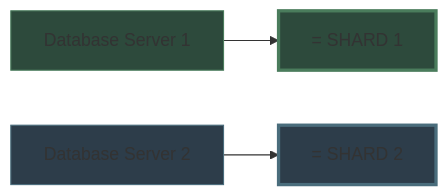
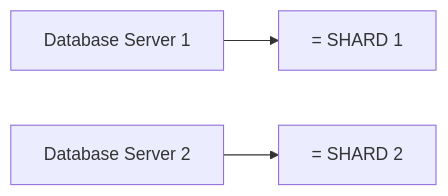
Before and after one commit to Yash-Kavaiya/The-System-Design-Masterclass: the seventh of 21 diagrams in system design beginner/8. Sharding and Partitioning.md, drawn with Mermaid. The commit also changed other lines of this file, not shown here.

````diff
--- a/system design beginner/8. Sharding and Partitioning.md
+++ b/system design beginner/8. Sharding and Partitioning.md
@@ -174,10 +158,6 @@
 ```mermaid
 graph LR
     SERVER1[Database Server 1] --> SHARD1[= SHARD 1]
     SERVER2[Database Server 2] --> SHARD2[= SHARD 2]
     
-    style SERVER1 fill:#2d4a3c,stroke:#4a7c5c
-    style SERVER2 fill:#2d3d4a,stroke:#4a6d7c
-    style SHARD1 fill:#2d4a3c,stroke:#4a7c5c,stroke-width:3px
-    style SHARD2 fill:#2d3d4a,stroke:#4a6d7c,stroke-width:3px
 ```
````
